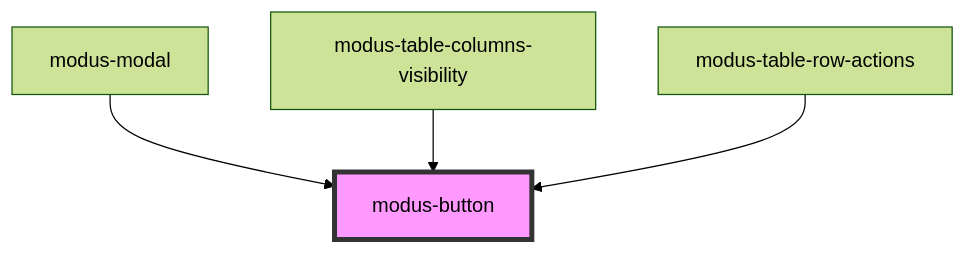
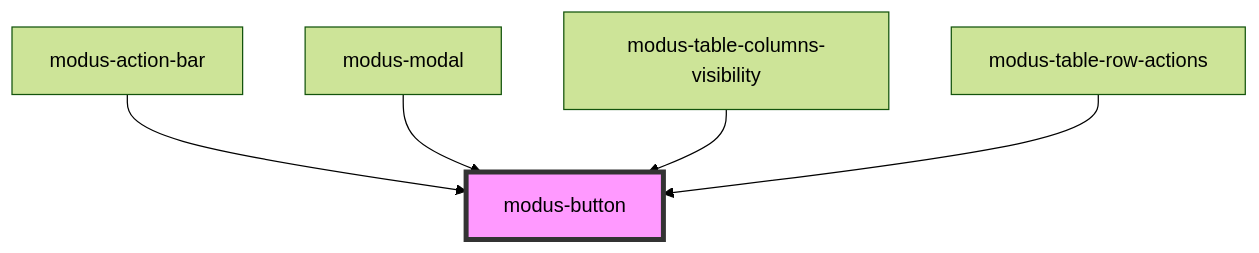
The diagram in stencil-workspace/src/components/modus-button/readme.md (trimble-oss/modus-web-components), drawn with Mermaid (forest theme) before and after one commit. The commit also changed other lines of this file and 13 other files, not shown here.

````diff
--- a/stencil-workspace/src/components/modus-button/readme.md
+++ b/stencil-workspace/src/components/modus-button/readme.md
@@ -52,7 +53,8 @@
 ```mermaid
 graph TD;
+  modus-action-bar --> modus-button
   modus-modal --> modus-button
   modus-table-columns-visibility --> modus-button
   modus-table-row-actions --> modus-button
   style modus-button fill:#f9f,stroke:#333,stroke-width:4px
 ```
````
